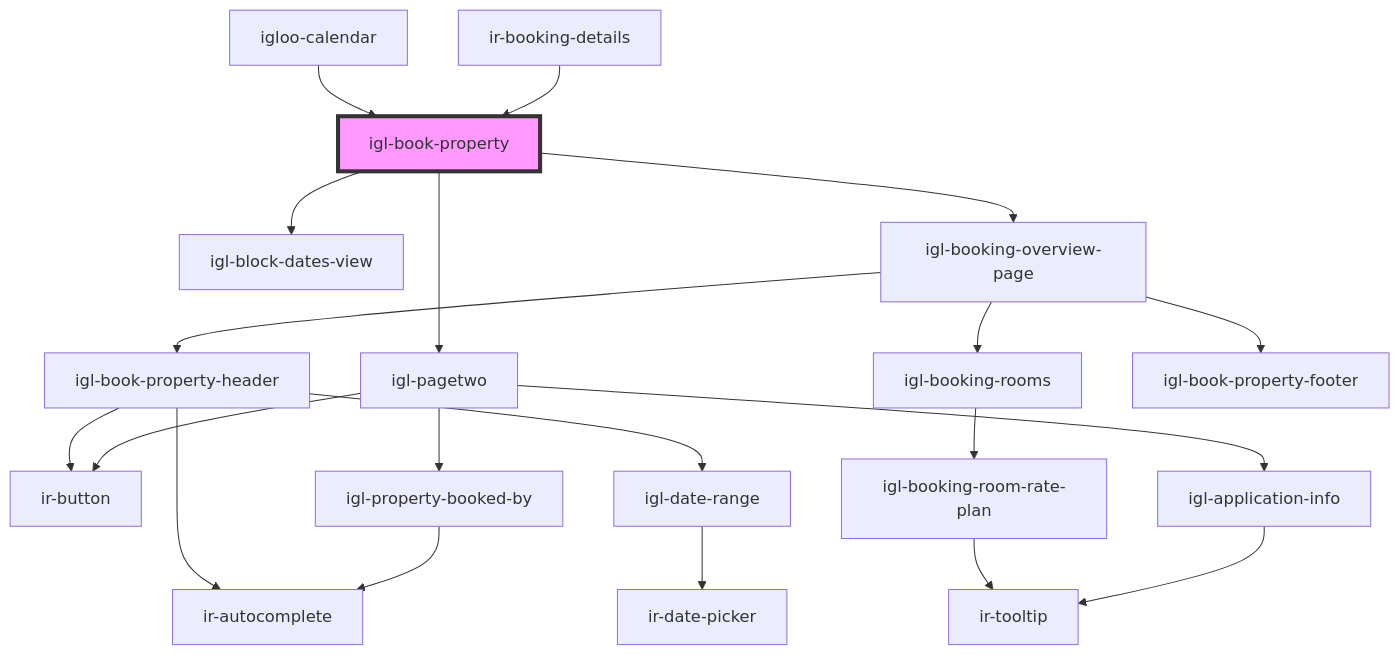
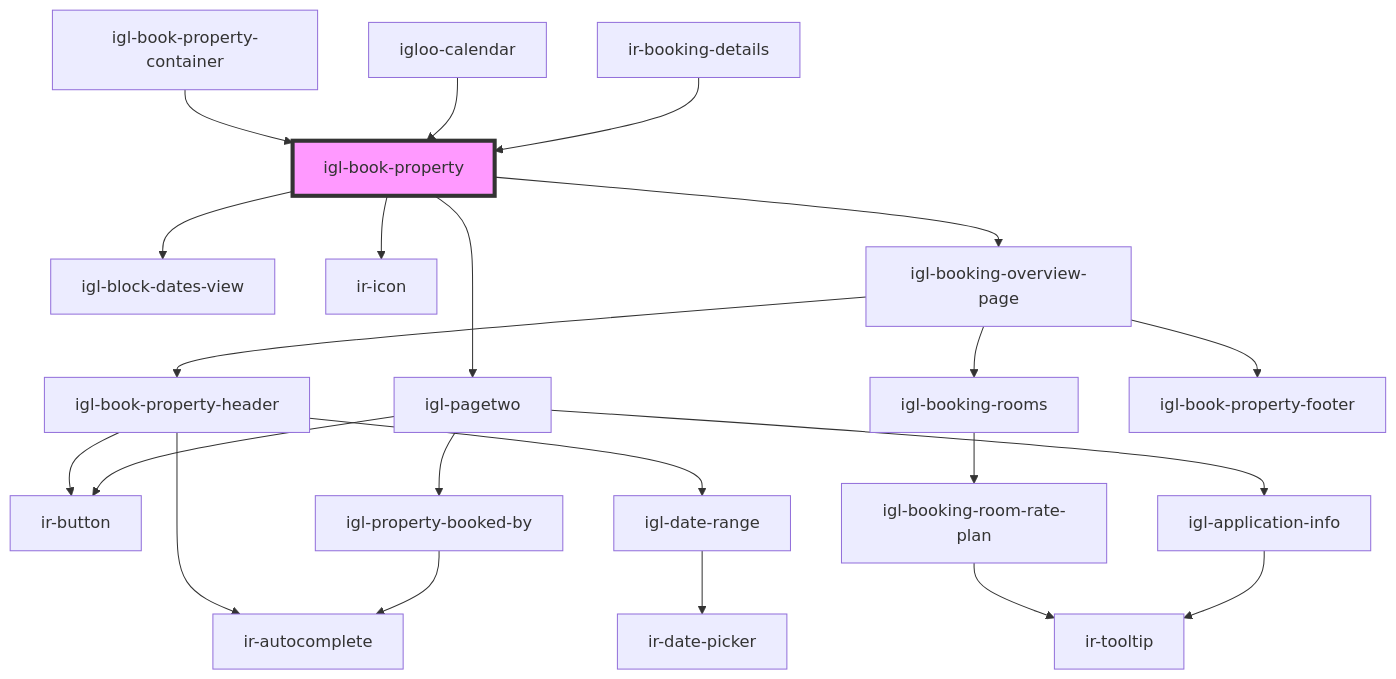
One commit to David1Chowaifaty/modified-ir-webcmp changed the diagram in src/components/igloo-calendar/igl-book-property/readme.md. Above: the diagram before and after it, drawn with Mermaid. The commit also changed other lines of this file and 28 other files, not shown here.

````diff
--- a/src/components/igloo-calendar/igl-book-property/readme.md
+++ b/src/components/igloo-calendar/igl-book-property/readme.md
@@ -46,23 +48,25 @@
 ```mermaid
 graph TD;
   igl-book-property --> igl-block-dates-view
+  igl-book-property --> ir-icon
   igl-book-property --> igl-booking-overview-page
   igl-book-property --> igl-pagetwo
   igl-booking-overview-page --> igl-book-property-header
   igl-booking-overview-page --> igl-booking-rooms
   igl-booking-overview-page --> igl-book-property-footer
   igl-book-property-header --> ir-autocomplete
   igl-book-property-header --> ir-button
   igl-book-property-header --> igl-date-range
   igl-date-range --> ir-date-picker
   igl-booking-rooms --> igl-booking-room-rate-plan
   igl-booking-room-rate-plan --> ir-tooltip
   igl-pagetwo --> igl-application-info
   igl-pagetwo --> igl-property-booked-by
   igl-pagetwo --> ir-button
   igl-application-info --> ir-tooltip
   igl-property-booked-by --> ir-autocomplete
+  igl-book-property-container --> igl-book-property
   igloo-calendar --> igl-book-property
   ir-booking-details --> igl-book-property
   style igl-book-property fill:#f9f,stroke:#333,stroke-width:4px
 ```
````
